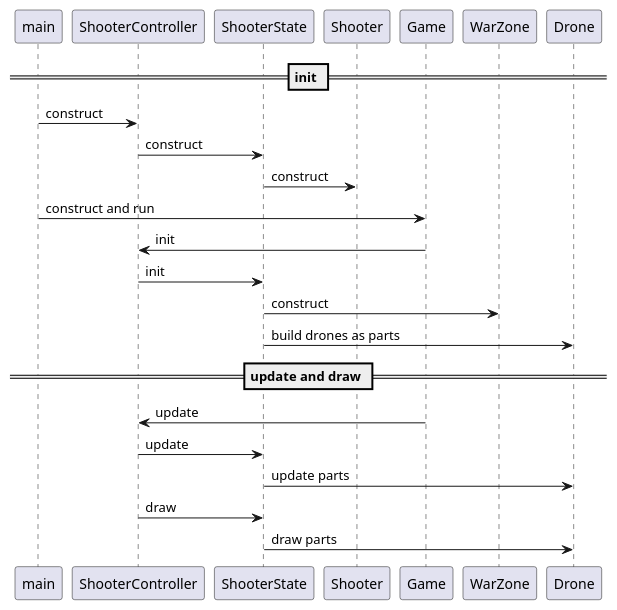
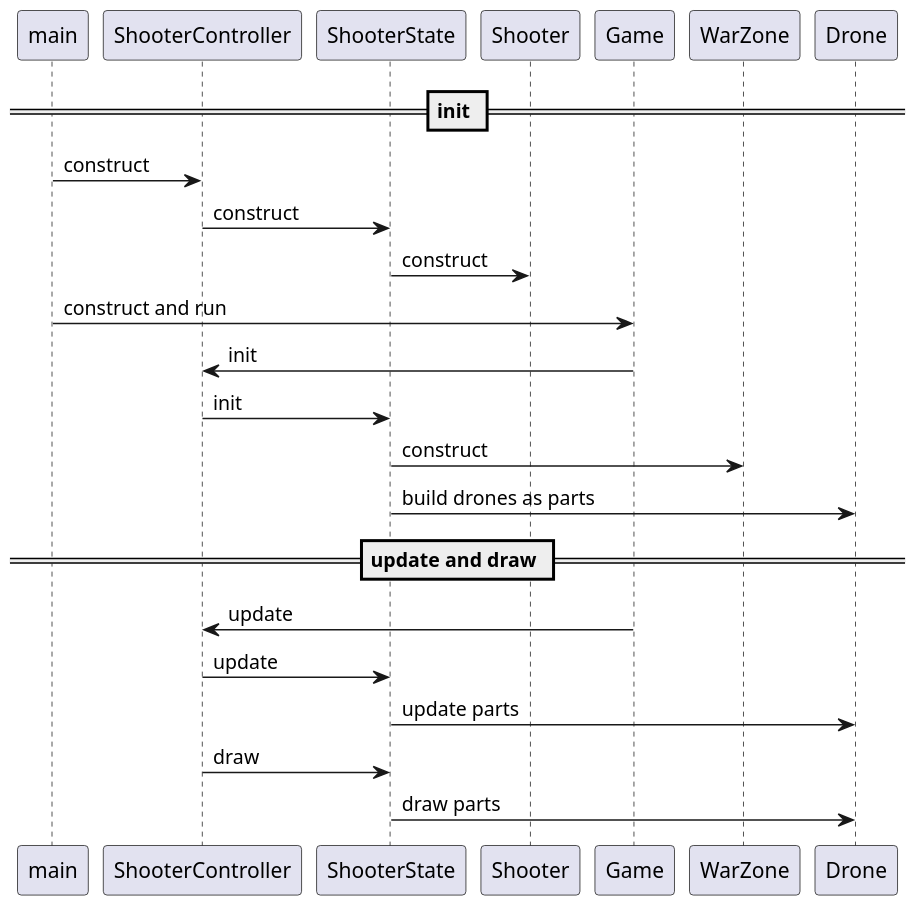
One commit to wduminy/GameEx changed the second of 2 diagrams in shooter/design.md. Above: the diagram before and after it, drawn with PlantUML. The commit also changed other lines of this file and 16 other files, not shown here.

```diff
--- a/shooter/design.md
+++ b/shooter/design.md
@@ -68,17 +69,18 @@
 @startuml
+scale 1.5 
 == init ==
 main -> ShooterController : construct
 ShooterController ->  ShooterState : construct
 ShooterState -> Shooter : construct
 main -> Game : construct and run
 Game -> ShooterController: init
 ShooterController -> ShooterState: init
 ShooterState -> WarZone: construct
 ShooterState -> Drone: build drones as parts
 == update and draw ==
 Game -> ShooterController : update
 ShooterController -> ShooterState: update 
 ShooterState -> Drone : update parts
 ShooterController -> ShooterState : draw
 ShooterState -> Drone : draw parts
 @enduml
```
